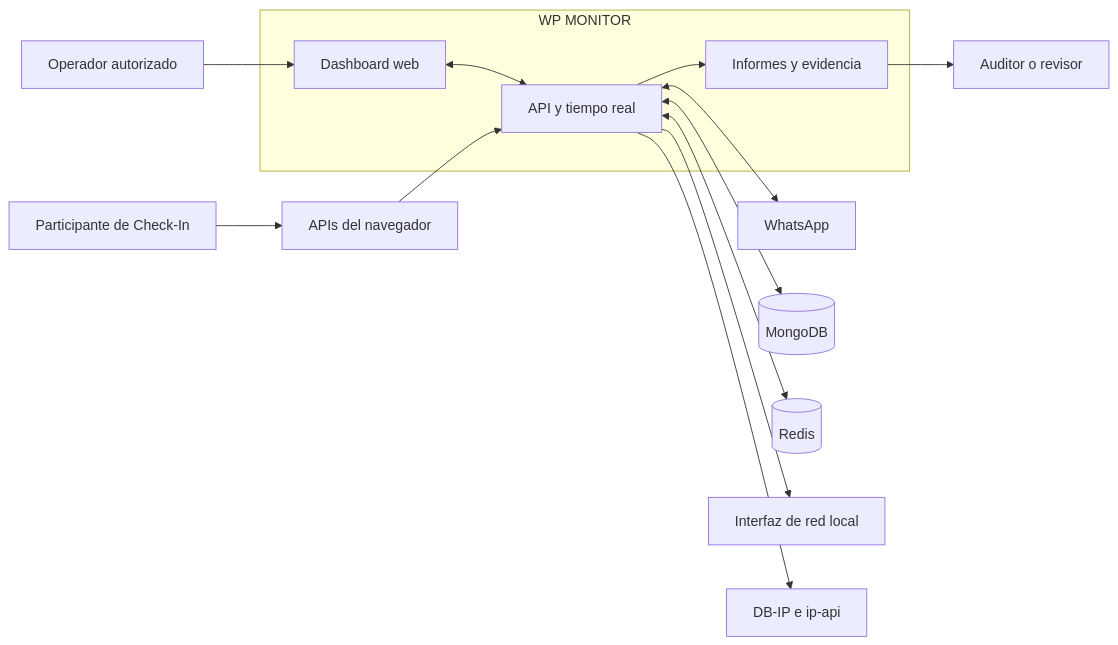
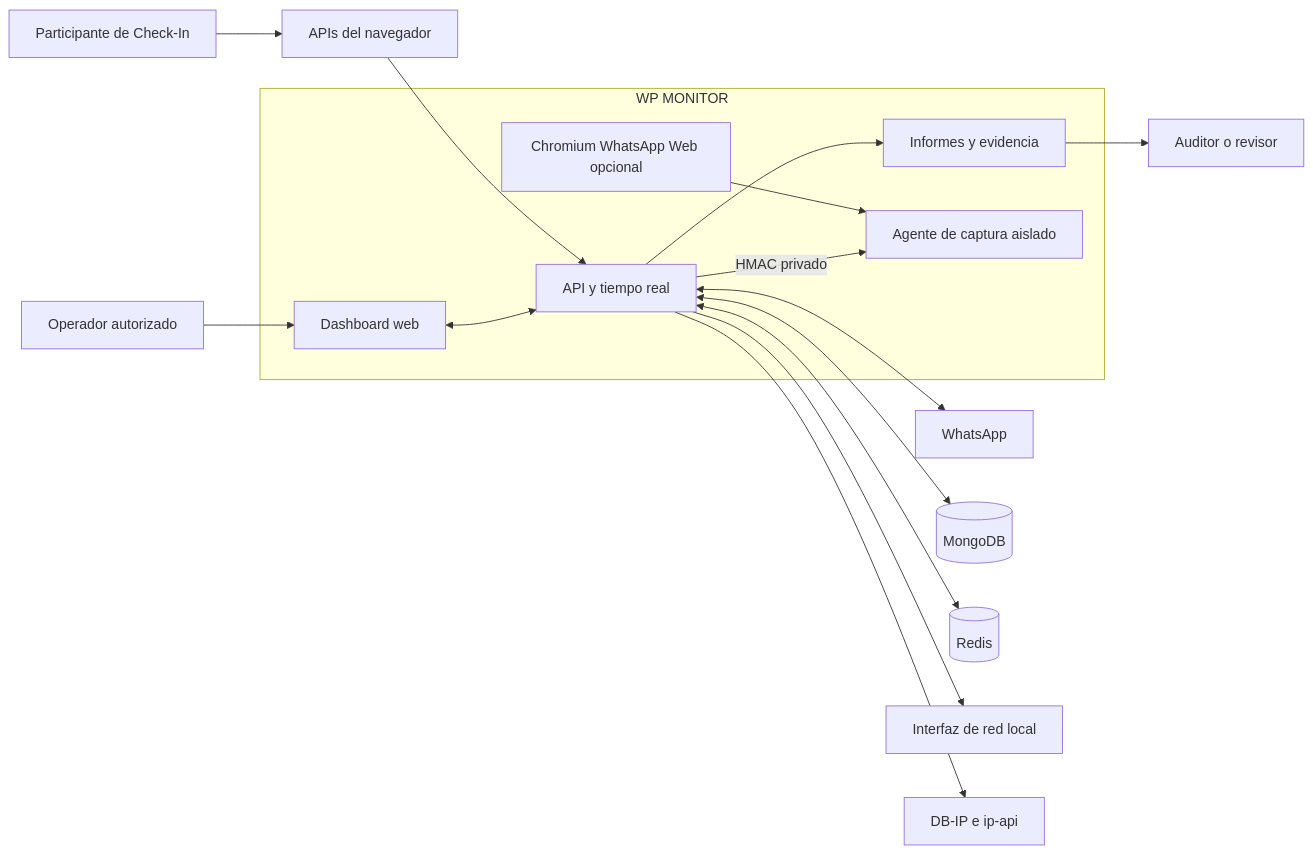
One commit to deco31416/wp-monitor changed the diagram in docs/diagrams/01-system-context.md. Above: the diagram before and after it, drawn with Mermaid. The commit also changed other lines of this file and 74 other files, not shown here.

````diff
--- a/docs/diagrams/01-system-context.md
+++ b/docs/diagrams/01-system-context.md
@@ -7,29 +7,33 @@
 ```mermaid
 flowchart LR
     Operator[Operador autorizado]
     Auditor[Auditor o revisor]
     Participant[Participante de Check-In]
 
     subgraph WP[WP MONITOR]
       Dashboard[Dashboard web]
       Backend[API y tiempo real]
       Evidence[Informes y evidencia]
+      WebWA[Chromium WhatsApp Web opcional]
+      Agent[Agente de captura aislado]
     end
 
     WhatsApp[WhatsApp]
     Mongo[(MongoDB)]
     Redis[(Redis)]
     Adapter[Interfaz de red local]
     Geo[DB-IP e ip-api]
     Browser[APIs del navegador]
 
     Operator --> Dashboard
     Dashboard <--> Backend
     Backend <--> WhatsApp
     Backend <--> Mongo
     Backend <--> Redis
     Backend --> Adapter
+    Backend -->|HMAC privado| Agent
+    WebWA --> Agent
     Backend --> Geo
     Participant --> Browser --> Backend
     Backend --> Evidence --> Auditor
 ```
````
